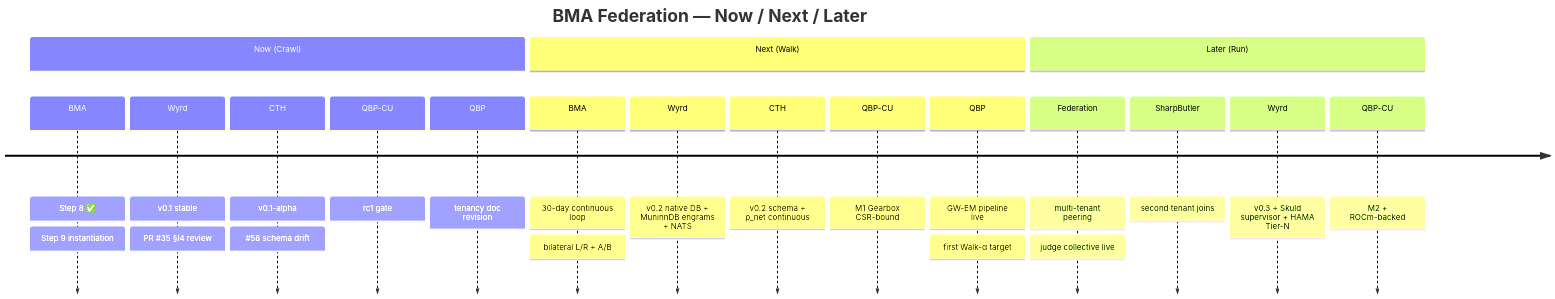
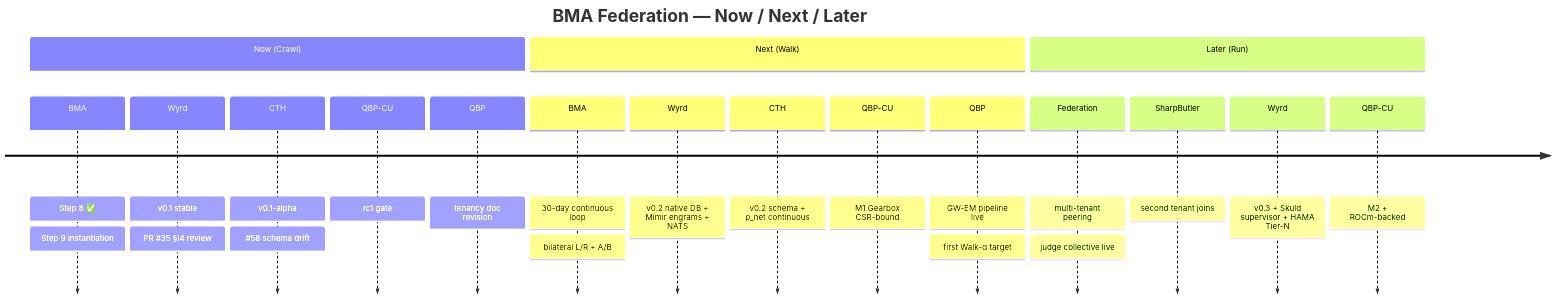
Before and after one commit to JamesPagetButler/inter: the first of 3 diagrams in roadmap-best-practices.md, drawn with Mermaid. The commit also changed other lines of this file and 7 other files, not shown here.

````diff
--- a/roadmap-best-practices.md
+++ b/roadmap-best-practices.md
@@ -205,21 +205,21 @@
 ```mermaid
 timeline
     title BMA Federation — Now / Next / Later
     section Now (Crawl)
         BMA : Step 8 ✅ : Step 9 instantiation
         Wyrd : v0.1 stable : PR #35 §I4 review
         CTH : v0.1-alpha : #58 schema drift
         QBP-CU : rc1 gate
         QBP : tenancy doc revision
     section Next (Walk)
         BMA : 30-day continuous loop : bilateral L/R + A/B
-        Wyrd : v0.2 native DB + MuninnDB engrams + NATS
+        Wyrd : v0.2 native DB + Mímir engrams + NATS
         CTH : v0.2 schema + ρ_net continuous
         QBP-CU : M1 Gearbox CSR-bound
         QBP : GW-EM pipeline live : first Walk-α target
     section Later (Run)
         Federation : multi-tenant peering : judge collective live
         SharpButler : second tenant joins
         Wyrd : v0.3 + Skuld supervisor + HAMA Tier-N
         QBP-CU : M2 + ROCm-backed
 ```
````
